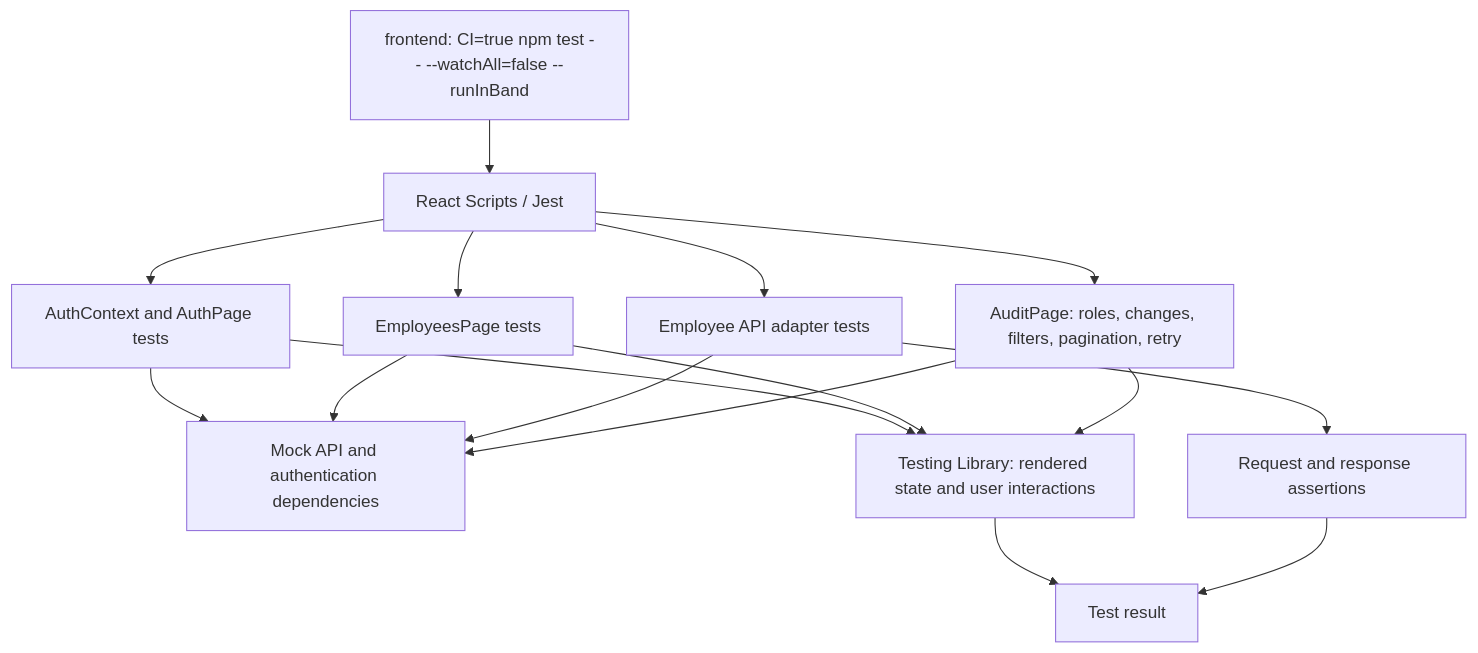
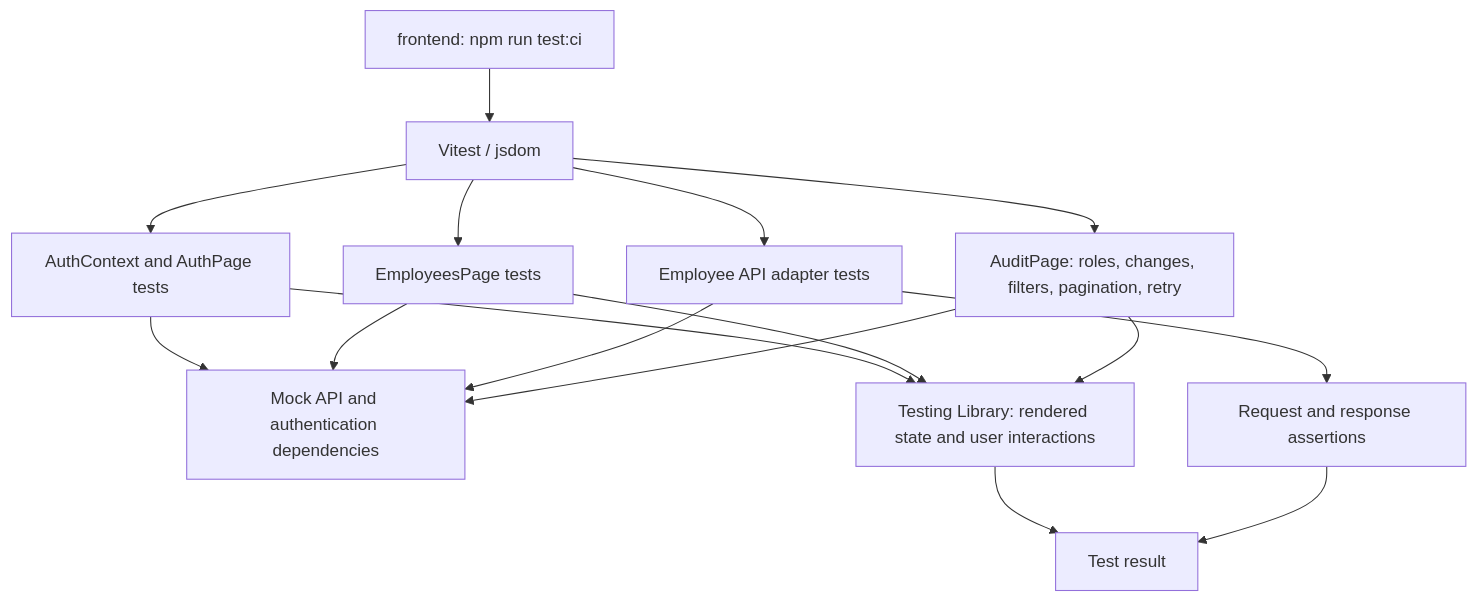
Diagram 34 of 52 in README.md (herve192-hub/WorkSphere), drawn with Mermaid before and after one commit. The commit also changed other lines of this file and 28 other files, not shown here.

````diff
--- a/README.md
+++ b/README.md
@@ -1613,18 +1619,18 @@
 ```mermaid
 flowchart TD
-    Run["frontend: CI=true npm test -- --watchAll=false --runInBand"] --> Jest["React Scripts / Jest"]
-    Jest --> Auth["AuthContext and AuthPage tests"]
-    Jest --> Directory["EmployeesPage tests"]
-    Jest --> Adapter["Employee API adapter tests"]
-    Jest --> Audit["AuditPage: roles, changes, filters, pagination, retry"]
+    Run["frontend: npm run test:ci"] --> Vitest["Vitest / jsdom"]
+    Vitest --> Auth["AuthContext and AuthPage tests"]
+    Vitest --> Directory["EmployeesPage tests"]
+    Vitest --> Adapter["Employee API adapter tests"]
+    Vitest --> Audit["AuditPage: roles, changes, filters, pagination, retry"]
     Auth --> Mocks["Mock API and authentication dependencies"]
     Directory --> Mocks
     Adapter --> Mocks
     Audit --> Mocks
     Auth --> Assertions["Testing Library: rendered state and user interactions"]
     Directory --> Assertions
     Audit --> Assertions
     Adapter --> Data["Request and response assertions"]
     Assertions --> Result["Test result"]
     Data --> Result
 ```
````
